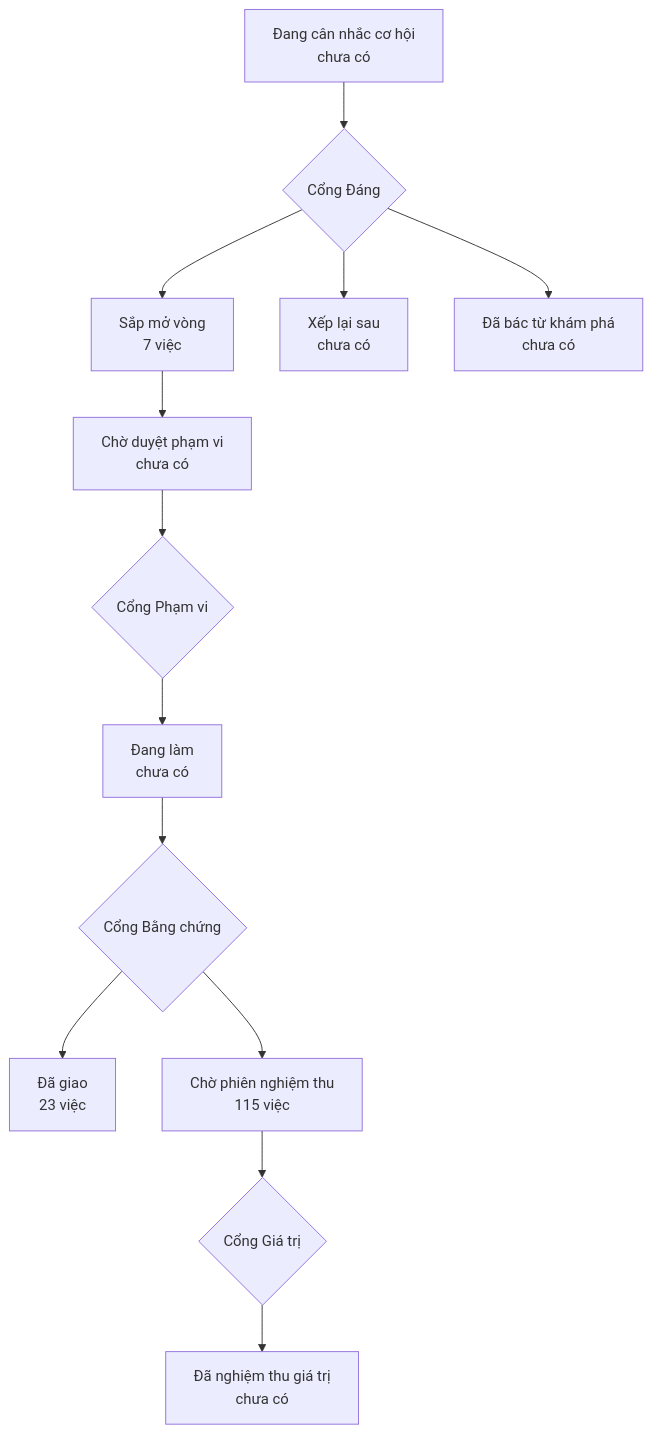
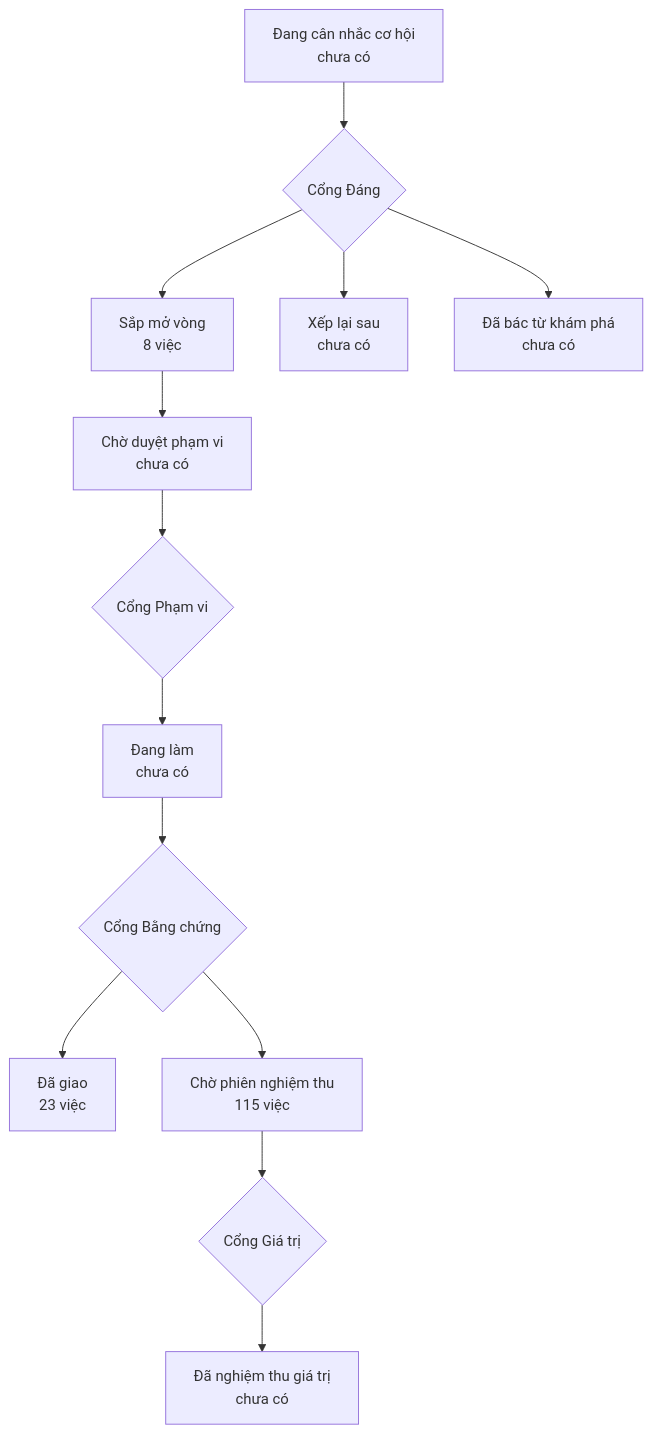
Before and after one commit to phanlemanh/onehub-quy-hang: the diagram in PRODUCT-MAP.md, drawn with Mermaid. The commit also changed other lines of this file and 4 other files, not shown here.

````diff
--- a/PRODUCT-MAP.md
+++ b/PRODUCT-MAP.md
@@ -7,12 +7,12 @@
 ```mermaid
 flowchart TD
   A["Đang cân nhắc cơ hội<br/>chưa có"] --> GD{"Cổng Đáng"}
-  GD --> B["Sắp mở vòng<br/>7 việc"]
+  GD --> B["Sắp mở vòng<br/>8 việc"]
   GD --> XL["Xếp lại sau<br/>chưa có"]
   GD --> DB["Đã bác từ khám phá<br/>chưa có"]
   B --> CD["Chờ duyệt phạm vi<br/>chưa có"] --> GP{"Cổng Phạm vi"}
   GP --> DL["Đang làm<br/>chưa có"] --> GB{"Cổng Bằng chứng"}
   GB --> DG["Đã giao<br/>23 việc"]
   GB --> CN["Chờ phiên nghiệm thu<br/>115 việc"] --> GG{"Cổng Giá trị"}
   GG --> NT["Đã nghiệm thu giá trị<br/>chưa có"]
 ```
````
